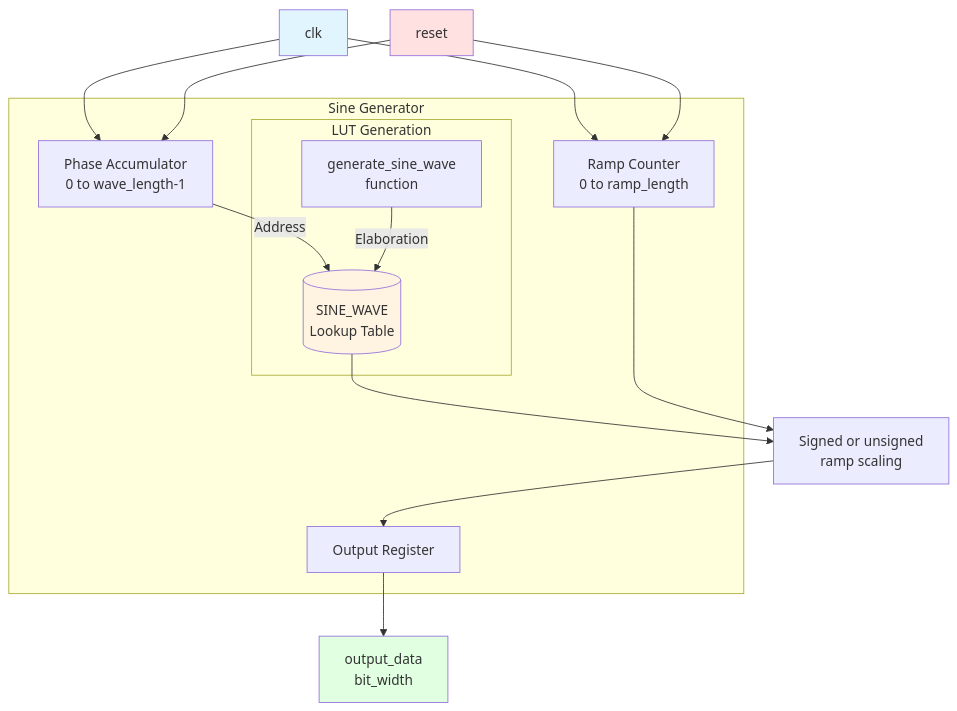
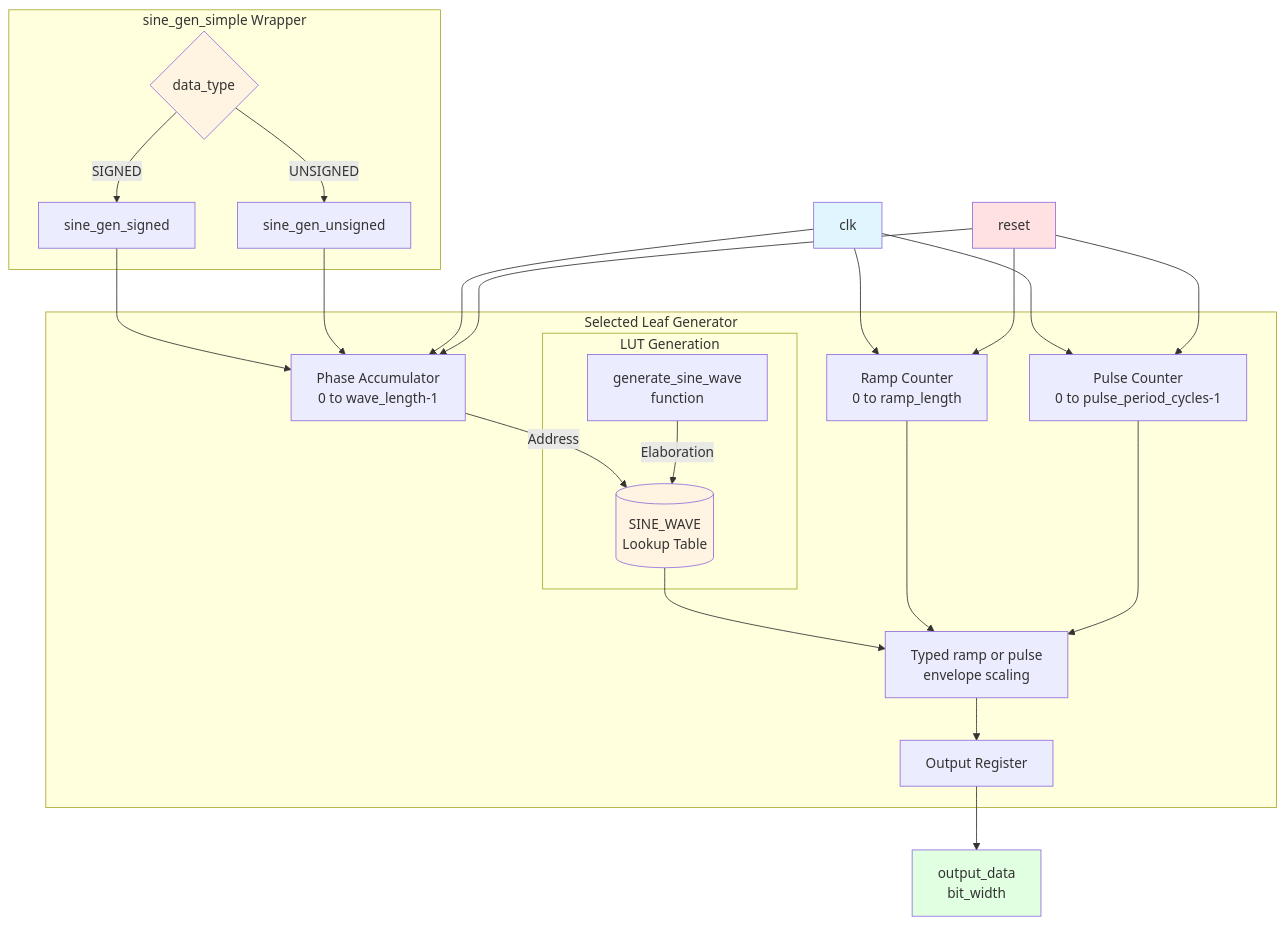
One commit to ekazakov1507/pwm_demo changed the second of 11 diagrams in docs/src/signal_chain/README.md. Above: the diagram before and after it, drawn with Mermaid. The commit also changed other lines of this file and 7 other files, not shown here.

Commit message:
Split sine generator by data type

````diff
--- a/docs/src/signal_chain/README.md
+++ b/docs/src/signal_chain/README.md
@@ -49,35 +58,51 @@
 ```mermaid
 graph TB
     CLK[clk]
     RST[reset]
 
-    subgraph "Sine Generator"
+    subgraph "sine_gen_simple Wrapper"
+        TYPE{data_type}
+        SIGNED_LEAF[sine_gen_signed]
+        UNSIGNED_LEAF[sine_gen_unsigned]
+    end
+
+    subgraph "Selected Leaf Generator"
         INDEX[Phase Accumulator<br/>0 to wave_length-1]
         RAMP_COUNT[Ramp Counter<br/>0 to ramp_length]
+        PULSE_COUNT[Pulse Counter<br/>0 to pulse_period_cycles-1]
         
         subgraph "LUT Generation"
             FUNC[generate_sine_wave<br/>function]
             LUT[(SINE_WAVE<br/>Lookup Table)]
         end
 
+        ENVELOPE[Typed ramp or pulse<br/>envelope scaling]
         OUTPUT[Output Register]
     end
 
     OUTPUT_DATA[output_data<br/>bit_width]
 
+    TYPE -->|SIGNED| SIGNED_LEAF
+    TYPE -->|UNSIGNED| UNSIGNED_LEAF
+    SIGNED_LEAF --> INDEX
+    UNSIGNED_LEAF --> INDEX
     CLK --> INDEX
     CLK --> RAMP_COUNT
+    CLK --> PULSE_COUNT
     RST --> INDEX
     RST --> RAMP_COUNT
+    RST --> PULSE_COUNT
     INDEX -->|Address| LUT
     FUNC -->|Elaboration| LUT
-    LUT --> RAMP[Signed or unsigned<br/>ramp scaling]
-    RAMP_COUNT --> RAMP
-    RAMP --> OUTPUT
+    LUT --> ENVELOPE
+    RAMP_COUNT --> ENVELOPE
+    PULSE_COUNT --> ENVELOPE
+    ENVELOPE --> OUTPUT
     OUTPUT --> OUTPUT_DATA
 
     style CLK fill:#e1f5ff
     style RST fill:#ffe1e1
     style OUTPUT_DATA fill:#e1ffe1
     style LUT fill:#fff4e1
+    style TYPE fill:#fff4e1
 ```
````
